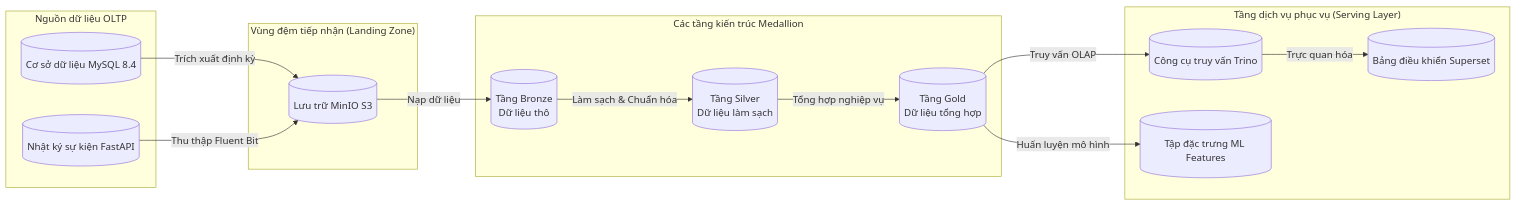
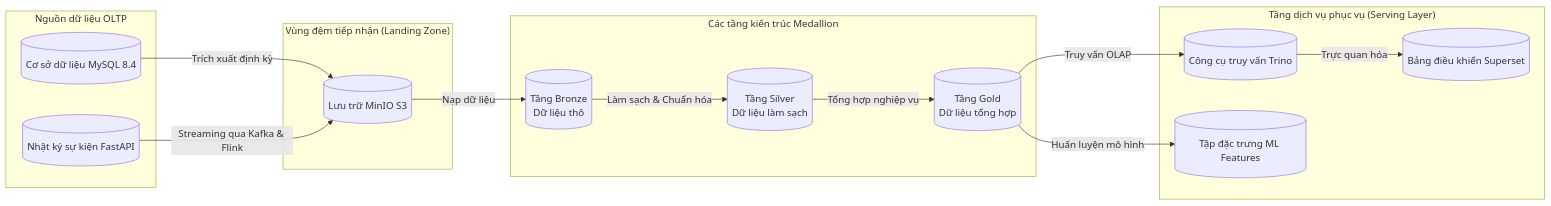
Diagram 42 of 57 in docs/design-analysis/OOSAD_ANALYSIS.md (DanhTrannn/TLCN), drawn with Mermaid before and after one commit. The commit also changed other lines of this file and 15 other files, not shown here.

Commit message:
chore: remove deprecated fluent-bit and update documentation for streaming architecture

````diff
--- a/docs/design-analysis/OOSAD_ANALYSIS.md
+++ b/docs/design-analysis/OOSAD_ANALYSIS.md
@@ -2039,32 +2039,32 @@
 ```mermaid
 graph LR
     subgraph "Nguồn dữ liệu OLTP"
         MySQL[(Cơ sở dữ liệu MySQL 8.4)]
         FastAPI[(Nhật ký sự kiện FastAPI)]
     end
     
     subgraph "Vùng đệm tiếp nhận (Landing Zone)"
         MinIO[(Lưu trữ MinIO S3)]
     end
     
     subgraph "Các tầng kiến trúc Medallion"
         Bronze[(Tầng Bronze<br>Dữ liệu thô)]
         Silver[(Tầng Silver<br>Dữ liệu làm sạch)]
         Gold[(Tầng Gold<br>Dữ liệu tổng hợp)]
     end
     
     subgraph "Tầng dịch vụ phục vụ (Serving Layer)"
         Trino[(Công cụ truy vấn Trino)]
         Superset[(Bảng điều khiển Superset)]
         ML[(Tập đặc trưng ML Features)]
     end
     
     MySQL -->|Trích xuất định kỳ| MinIO
-    FastAPI -->|Thu thập Fluent Bit| MinIO
+    FastAPI -->|Streaming qua Kafka & Flink| MinIO
     MinIO -->|Nạp dữ liệu| Bronze
     Bronze -->|Làm sạch & Chuẩn hóa| Silver
     Silver -->|Tổng hợp nghiệp vụ| Gold
     Gold -->|Truy vấn OLAP| Trino
     Trino -->|Trực quan hóa| Superset
     Gold -->|Huấn luyện mô hình| ML
 ```
````
